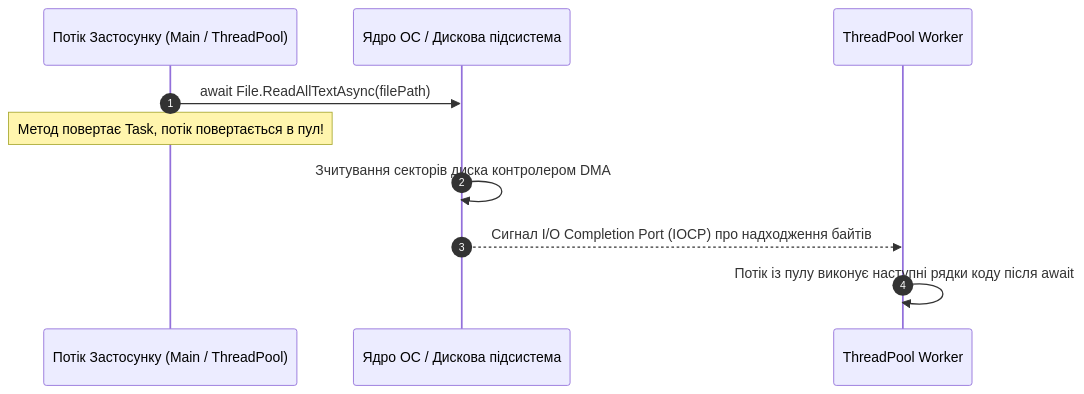
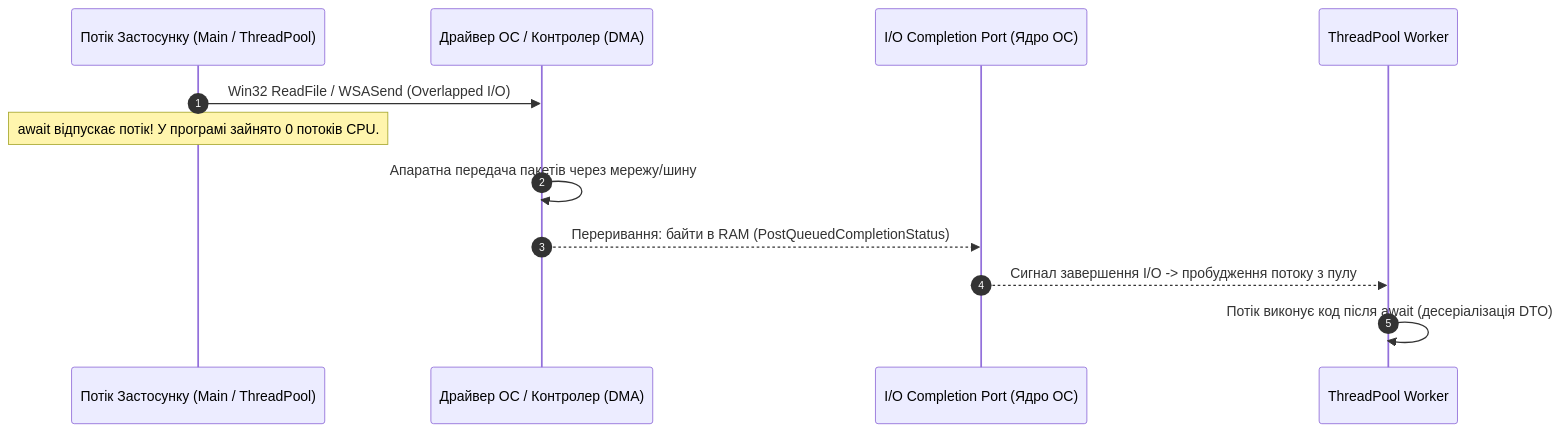
One commit to MrTomkaYurii/CSharp-OOP-Mastery changed the first of 2 diagrams in 06-Multithreading-And-Parallelism/03-Asynchronous-Programming/Docs/01_Async_Await_Architecture_And_State_Machine.md. Above: the diagram before and after it, drawn with Mermaid. The commit also changed other lines of this file and 20 other files, not shown here.

````diff
--- a/06-Multithreading-And-Parallelism/03-Asynchronous-Programming/Docs/01_Async_Await_Architecture_And_State_Machine.md
+++ b/06-Multithreading-And-Parallelism/03-Asynchronous-Programming/Docs/01_Async_Await_Architecture_And_State_Machine.md
@@ -17,13 +24,15 @@
 ```mermaid
 sequenceDiagram
     autonumber
     participant App as Потік Застосунку (Main / ThreadPool)
-    participant Kernel as Ядро ОС / Дискова підсистема
+    participant Driver as Драйвер ОС / Контролер (DMA)
+    participant IOCP as I/O Completion Port (Ядро ОС)
     participant Pool as ThreadPool Worker
 
-    App->>Kernel: await File.ReadAllTextAsync(filePath)
-    Note over App: Метод повертає Task, потік повертається в пул!
-    Kernel->>Kernel: Зчитування секторів диска контролером DMA
-    Kernel-->>Pool: Сигнал I/O Completion Port (IOCP) про надходження байтів
-    Pool->>Pool: Потік із пулу виконує наступні рядки коду після await
+    App->>Driver: Win32 ReadFile / WSASend (Overlapped I/O)
+    Note over App: await відпускає потік! У програмі зайнято 0 потоків CPU.
+    Driver->>Driver: Апаратна передача пакетів через мережу/шину
+    Driver-->>IOCP: Переривання: байти в RAM (PostQueuedCompletionStatus)
+    IOCP-->>Pool: Сигнал завершення I/O -> пробудження потоку з пулу
+    Pool->>Pool: Потік виконує код після await (десеріалізація DTO)
 ```
````
